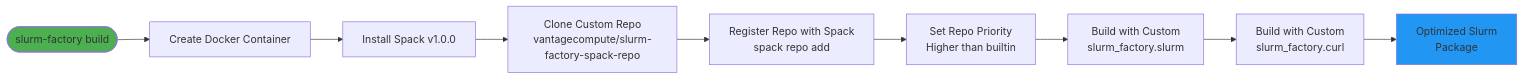
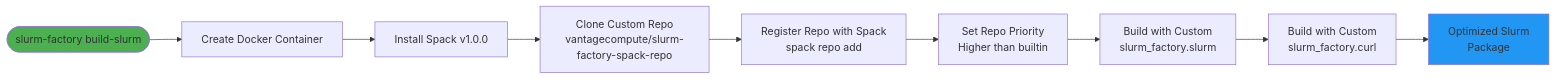
The first of 2 diagrams in docusaurus/docs/spack-repo.md (vantagecompute/slurm-factory), drawn with Mermaid before and after one commit. The commit also changed other lines of this file and 61 other files, not shown here.

````diff
--- a/docusaurus/docs/spack-repo.md
+++ b/docusaurus/docs/spack-repo.md
@@ -31,14 +31,14 @@
 ```mermaid
 flowchart LR
-    Start([slurm-factory build]) --> Docker[Create Docker Container]
+    Start([slurm-factory build-slurm]) --> Docker[Create Docker Container]
     Docker --> Spack[Install Spack v1.0.0]
     Spack --> Clone[Clone Custom Repo<br/>vantagecompute/slurm-factory-spack-repo]
     Clone --> Register[Register Repo with Spack<br/>spack repo add]
     Register --> Priority[Set Repo Priority<br/>Higher than builtin]
     Priority --> BuildSlurm[Build with Custom<br/>slurm_factory.slurm]
     BuildSlurm --> BuildCurl[Build with Custom<br/>slurm_factory.curl]
     BuildCurl --> Output[Optimized Slurm<br/>Package]
     
     style Start fill:#4CAF50
     style Output fill:#2196F3
 ```
````
